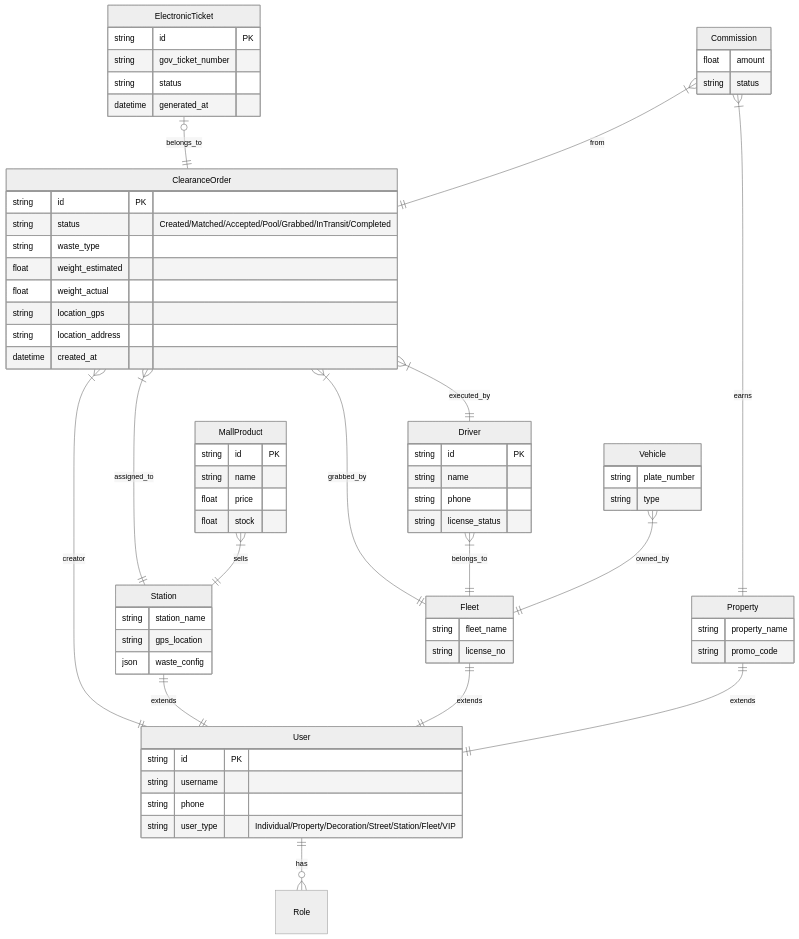
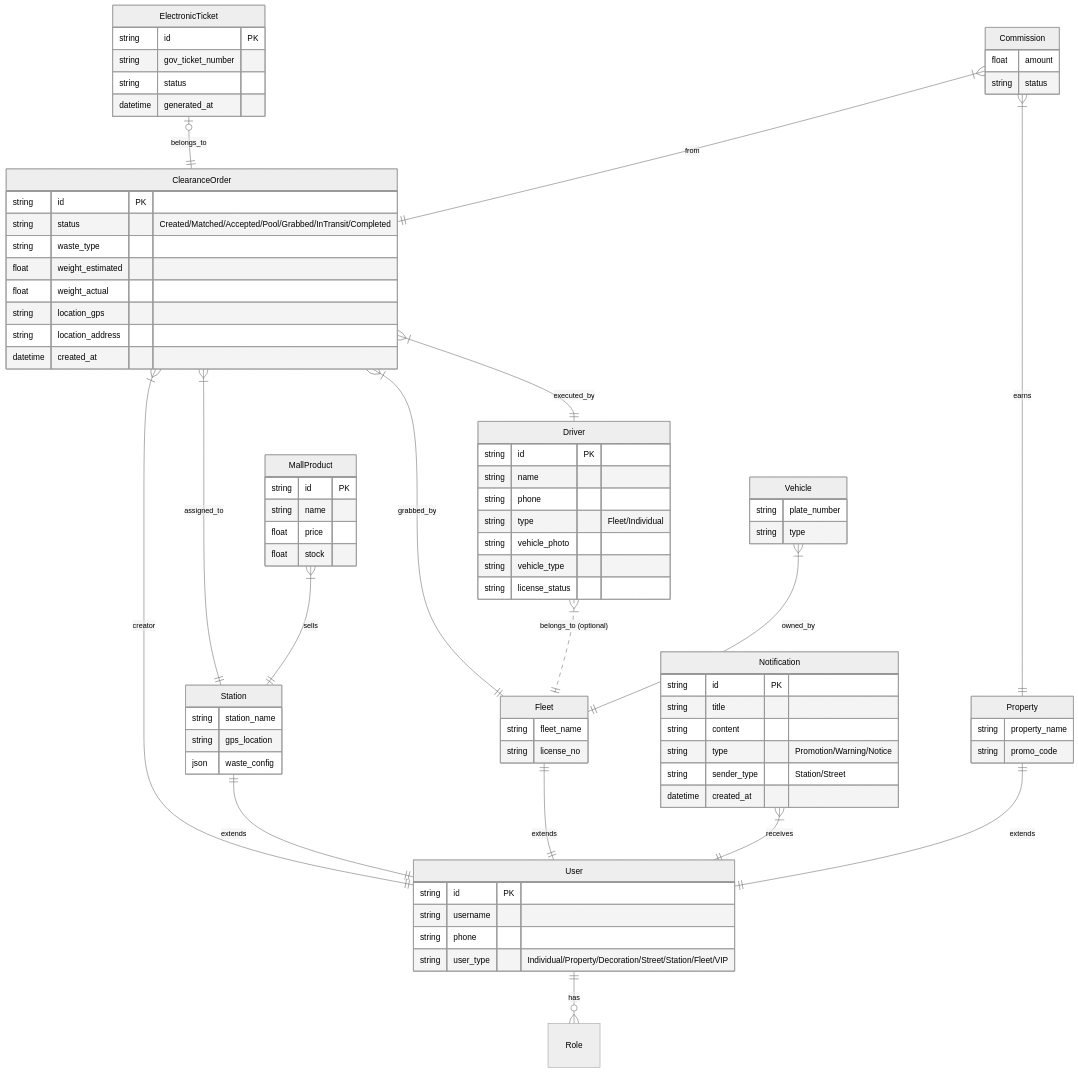
One commit to wangfeiqi22/renewable changed the diagram in ERDiagram.mmd. Above: the diagram before and after it, drawn with Mermaid (neutral theme). The commit also changed 4 other files, not shown here.

Commit message:
Update ER and State diagrams for individual driver and self-created orders

```diff
--- a/ERDiagram.mmd
+++ b/ERDiagram.mmd
@@ -1,84 +1,97 @@
 erDiagram
     %% 用户体系
     User ||--o{ Role : has
     User {
         string id PK
         string username
         string phone
         string user_type "Individual/Property/Decoration/Street/Station/Fleet/VIP"
     }
     
     %% 清运单体系
     ClearanceOrder }|--|| User : "creator"
     ClearanceOrder }|--|| Station : "assigned_to"
     ClearanceOrder }|--|| Fleet : "grabbed_by"
     ClearanceOrder }|--|| Driver : "executed_by"
     ClearanceOrder {
         string id PK
         string status "Created/Matched/Accepted/Pool/Grabbed/InTransit/Completed"
         string waste_type
         float weight_estimated
         float weight_actual
         string location_gps
         string location_address
         datetime created_at
     }
 
     %% 电子联单
     ElectronicTicket |o--|| ClearanceOrder : "belongs_to"
     ElectronicTicket {
         string id PK
         string gov_ticket_number
         string status
         datetime generated_at
     }
 
     %% 角色扩展信息
     Station ||--|| User : extends
     Station {
         string station_name
         string gps_location
         json waste_config
     }
     
     Fleet ||--|| User : extends
     Fleet {
         string fleet_name
         string license_no
     }
 
-    Driver }|--|| Fleet : "belongs_to"
+    Driver }|..|| Fleet : "belongs_to (optional)"
     Driver {
         string id PK
         string name
         string phone
+        string type "Fleet/Individual"
+        string vehicle_photo
+        string vehicle_type
         string license_status
     }
 
     Vehicle }|--|| Fleet : "owned_by"
     Vehicle {
         string plate_number
         string type
+    }
+
+    Notification }|--|| User : "receives"
+    Notification {
+        string id PK
+        string title
+        string content
+        string type "Promotion/Warning/Notice"
+        string sender_type "Station/Street"
+        datetime created_at
     }
 
     Property ||--|| User : extends
     Property {
         string property_name
         string promo_code
     }
 
     Commission }|--|| Property : "earns"
     Commission }|--|| ClearanceOrder : "from"
     Commission {
         float amount
         string status
     }
 
     %% 再生资源商城
     MallProduct }|--|| Station : "sells"
     MallProduct {
         string id PK
         string name
         float price
         float stock
     }
```
